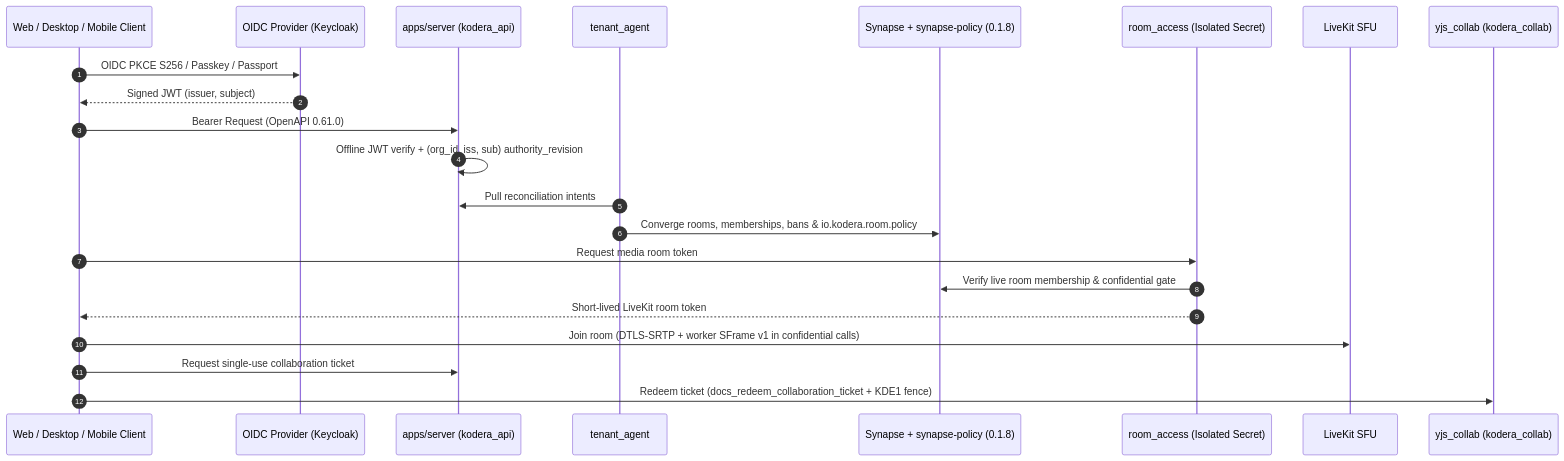
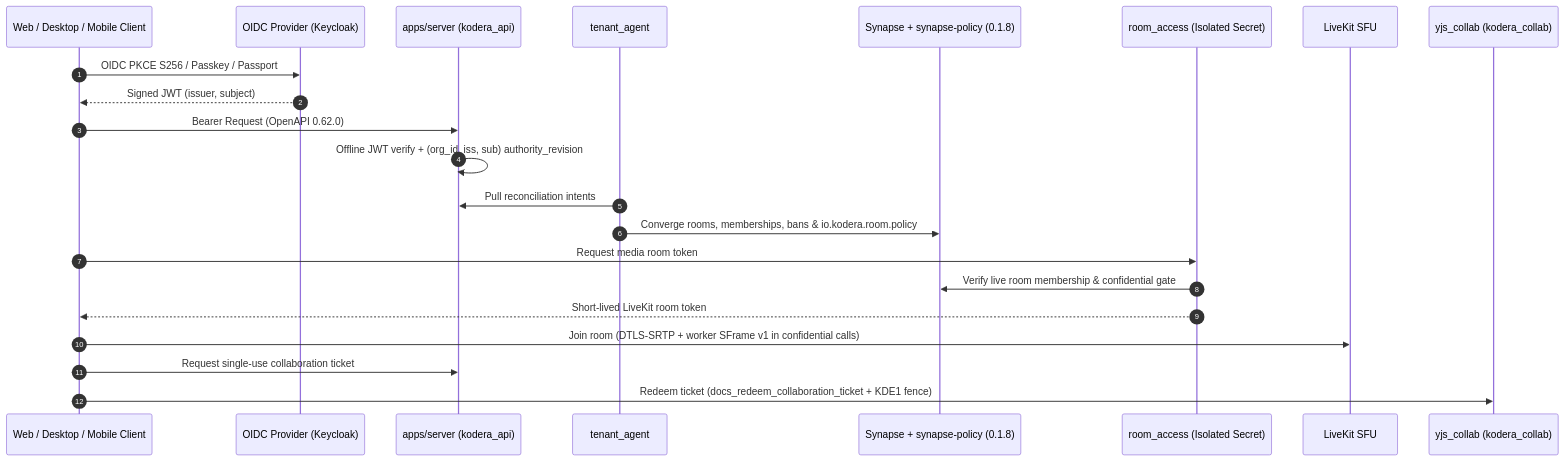
The diagram in ARCHITECTURE.md (kodera-hq/kodera), drawn with Mermaid before and after one commit. The commit also changed other lines of this file and 89 other files, not shown here.

````diff
--- a/ARCHITECTURE.md
+++ b/ARCHITECTURE.md
@@ -7,25 +7,25 @@
 ```mermaid
 sequenceDiagram
   autonumber
   participant C as Web / Desktop / Mobile Client
   participant IdP as OIDC Provider (Keycloak)
   participant Core as apps/server (kodera_api)
   participant Agent as tenant_agent
   participant Syn as Synapse + synapse-policy (0.1.8)
   participant RA as room_access (Isolated Secret)
   participant LK as LiveKit SFU
   participant Yjs as yjs_collab (kodera_collab)
 
   C->>IdP: OIDC PKCE S256 / Passkey / Passport
   IdP-->>C: Signed JWT (issuer, subject)
-  C->>Core: Bearer Request (OpenAPI 0.61.0)
+  C->>Core: Bearer Request (OpenAPI 0.62.0)
   Core->>Core: Offline JWT verify + (org_id, iss, sub) authority_revision
   Agent->>Core: Pull reconciliation intents
   Agent->>Syn: Converge rooms, memberships, bans & io.kodera.room.policy
   C->>RA: Request media room token
   RA->>Syn: Verify live room membership & confidential gate
   RA-->>C: Short-lived LiveKit room token
   C->>LK: Join room (DTLS-SRTP + worker SFrame v1 in confidential calls)
   C->>Core: Request single-use collaboration ticket
   C->>Yjs: Redeem ticket (docs_redeem_collaboration_ticket + KDE1 fence)
 ```
````
